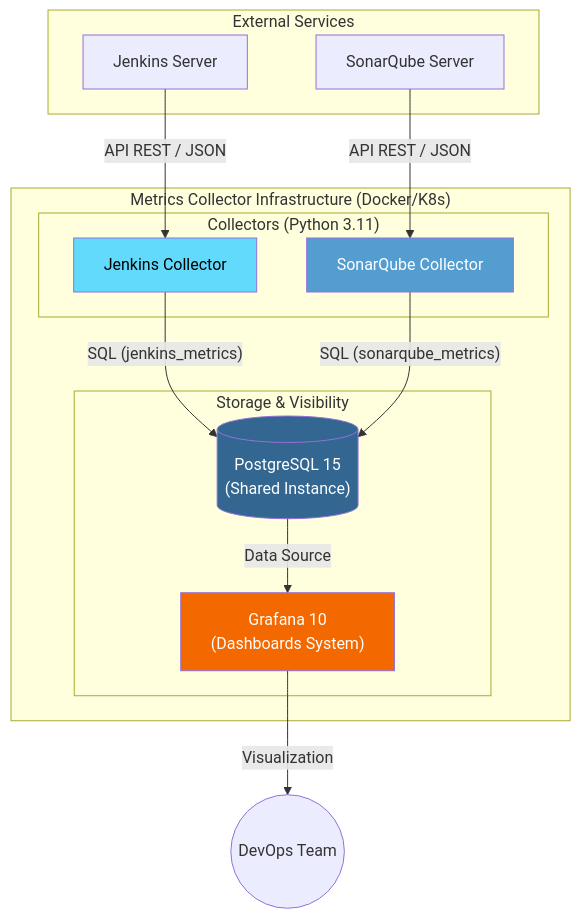
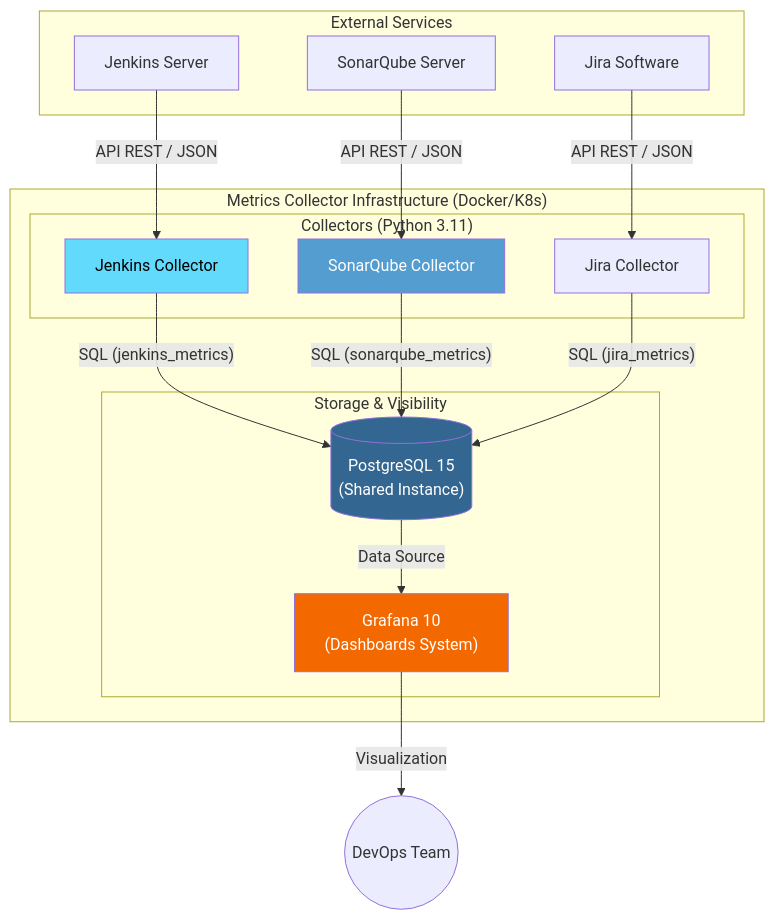
Before and after one commit to grs89/Metrics_Collector: the diagram in ARCHITECTURE.md, drawn with Mermaid. The commit also changed 14 other files, not shown here.

````diff
--- a/ARCHITECTURE.md
+++ b/ARCHITECTURE.md
@@ -11,34 +11,38 @@
 ```mermaid
 graph TD
     subgraph "External Services"
         Jenkins["Jenkins Server"]
         Sonar["SonarQube Server"]
+        Jira["Jira Software"]
     end
 
     subgraph "Metrics Collector Infrastructure (Docker/K8s)"
         subgraph "Collectors (Python 3.11)"
             JC["Jenkins Collector"]
             SC["SonarQube Collector"]
+            JRC["Jira Collector"]
         end
 
         subgraph "Storage & Visibility"
             DB[("PostgreSQL 15<br/>(Shared Instance)")]
             GF["Grafana 10<br/>(Dashboards System)"]
         end
     end
 
     %% Flow
     Jenkins -->|"API REST / JSON"| JC
     Sonar -->|"API REST / JSON"| SC
+    Jira -->|"API REST / JSON"| JRC
     
     JC -->|"SQL (jenkins_metrics)"| DB
     SC -->|"SQL (sonarqube_metrics)"| DB
+    JRC -->|"SQL (jira_metrics)"| DB
     
     DB -->|"Data Source"| GF
     GF -->|"Visualization"| User((DevOps Team))
 
     style DB fill:#336791,color:#fff
     style GF fill:#F46800,color:#fff
     style JC fill:#61dafb,color:#000
     style SC fill:#549dd0,color:#fff
 ```
````
